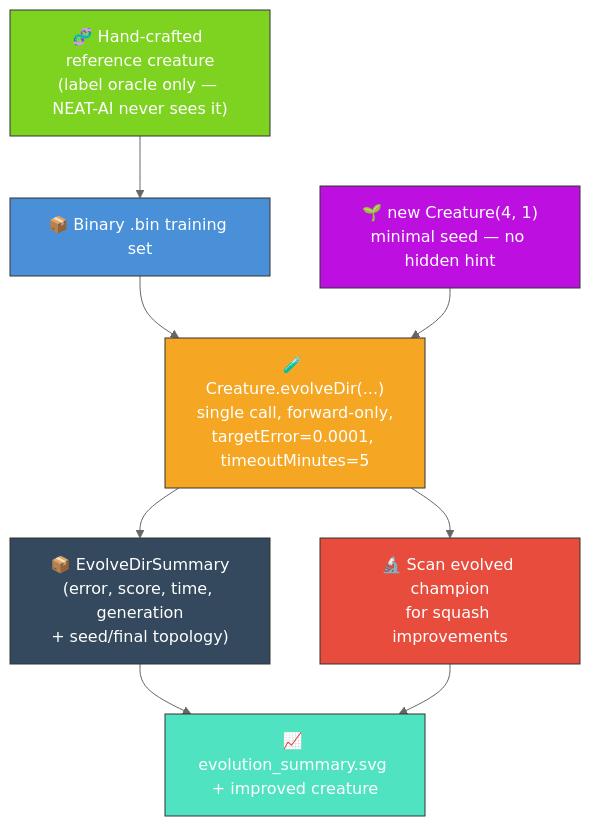
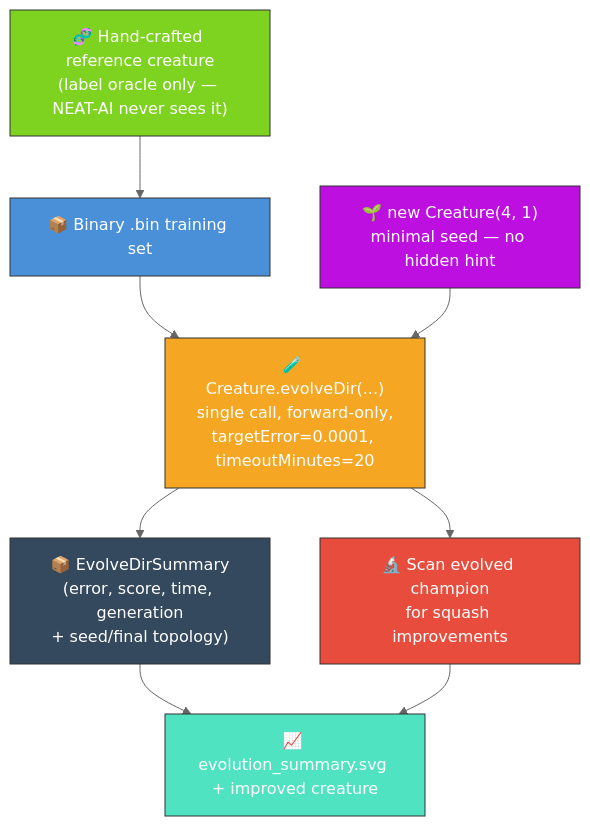
Before and after one commit to stSoftwareAU/NEAT-AI-Examples: the diagram in intelligent_design/README.md, drawn with Mermaid (neutral theme). The commit also changed other lines of this file and 4 other files, not shown here.

````diff
--- a/intelligent_design/README.md
+++ b/intelligent_design/README.md
@@ -17,24 +17,24 @@
 ```mermaid
 flowchart TD
     REF["🧬 Hand-crafted reference creature<br/>(label oracle only — NEAT-AI never sees it)"]
     DATA["📦 Binary .bin training set"]
     SEED["🌱 new Creature(4, 1)<br/>minimal seed — no hidden hint"]
-    EVOLVE["🧪 Creature.evolveDir(...)<br/>single call, forward-only,<br/>targetError=0.0001, timeoutMinutes=5"]
+    EVOLVE["🧪 Creature.evolveDir(...)<br/>single call, forward-only,<br/>targetError=0.0001, timeoutMinutes=20"]
     SUMMARY["📦 EvolveDirSummary<br/>(error, score, time, generation<br/>+ seed/final topology)"]
     SCAN["🔬 Scan evolved champion<br/>for squash improvements"]
     OUT["📈 evolution_summary.svg + improved creature"]
     REF --> DATA
     DATA --> EVOLVE
     SEED --> EVOLVE
     EVOLVE --> SUMMARY
     EVOLVE --> SCAN
     SUMMARY --> OUT
     SCAN --> OUT
     style REF fill:#7ed321,stroke:#333,color:#fff
     style DATA fill:#4a90d9,stroke:#333,color:#fff
     style SEED fill:#bd10e0,stroke:#333,color:#fff
     style EVOLVE fill:#f5a623,stroke:#333,color:#fff
     style SUMMARY fill:#34495e,stroke:#333,color:#fff
     style SCAN fill:#e74c3c,stroke:#333,color:#fff
     style OUT fill:#50e3c2,stroke:#333,color:#fff
 ```
````
